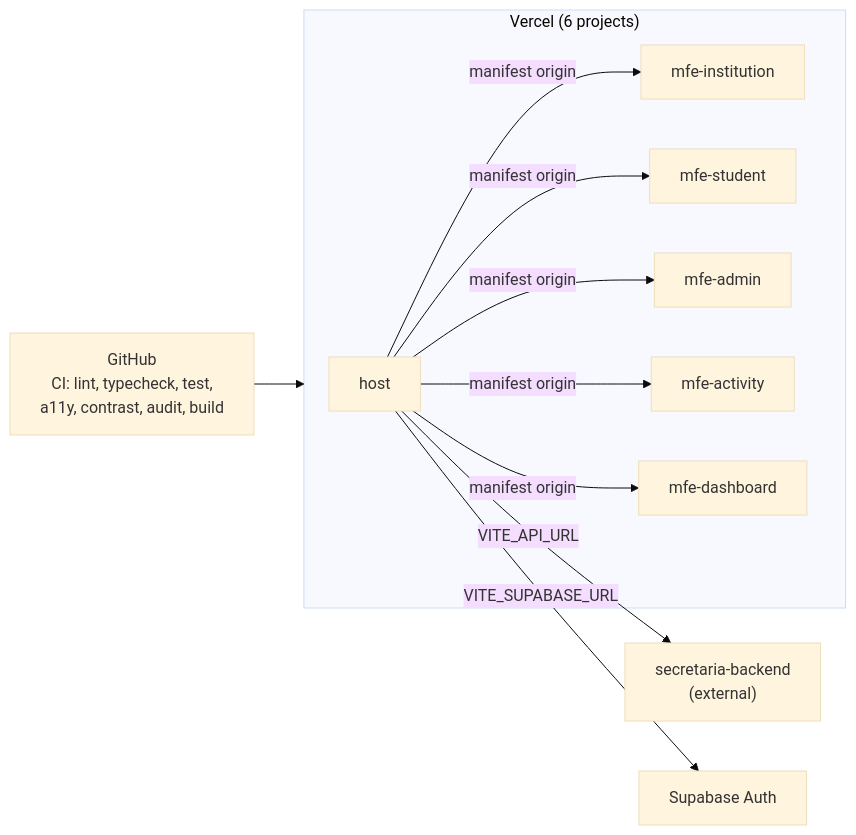
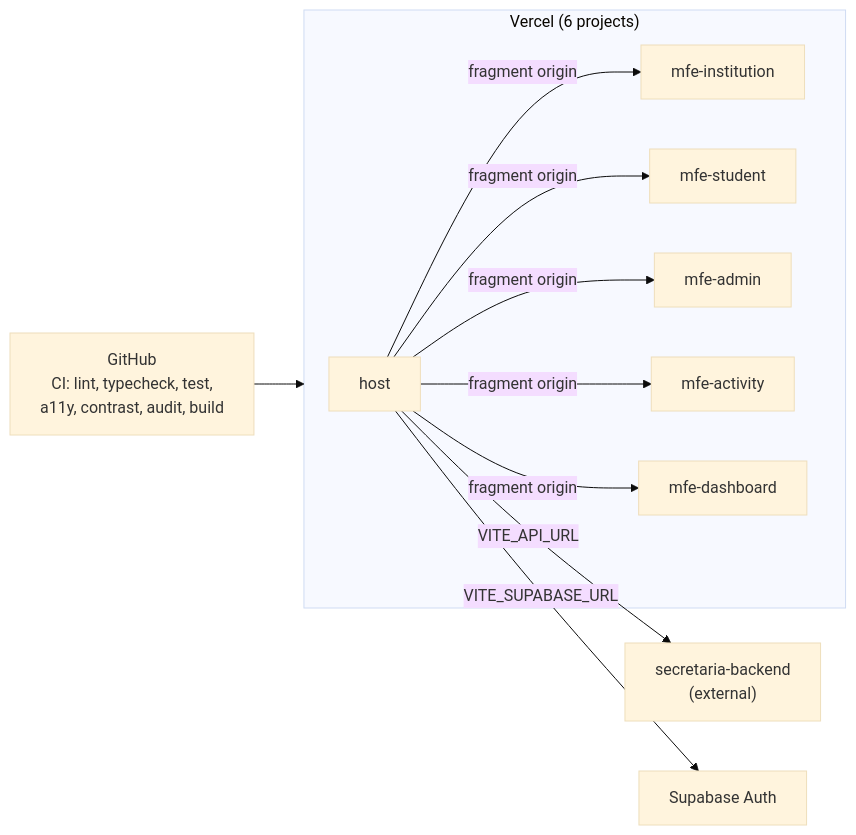
One commit to fidelis27/-mfe-communication-fragment changed the fifth of 5 diagrams in docs/architecture.md. Above: the diagram before and after it, drawn with Mermaid (base theme). The commit also changed other lines of this file and 13 other files, not shown here.

````diff
--- a/docs/architecture.md
+++ b/docs/architecture.md
@@ -199,25 +200,25 @@
 ```mermaid
 flowchart LR
     gh["GitHub<br/>CI: lint, typecheck, test,<br/>a11y, contrast, audit, build"]
 
     subgraph vercel["Vercel (6 projects)"]
         vh["host"]
         v1["mfe-institution"]
         v2["mfe-student"]
         v3["mfe-admin"]
         v4["mfe-activity"]
         v5["mfe-dashboard"]
     end
 
     api["secretaria-backend<br/>(external)"]
     supa["Supabase Auth"]
 
     gh --> vercel
-    vh -- "manifest origin" --> v1
-    vh -- "manifest origin" --> v2
-    vh -- "manifest origin" --> v3
-    vh -- "manifest origin" --> v4
-    vh -- "manifest origin" --> v5
+    vh -- "fragment origin" --> v1
+    vh -- "fragment origin" --> v2
+    vh -- "fragment origin" --> v3
+    vh -- "fragment origin" --> v4
+    vh -- "fragment origin" --> v5
     vh -- "VITE_API_URL" --> api
     vh -- "VITE_SUPABASE_URL" --> supa
 ```
````
